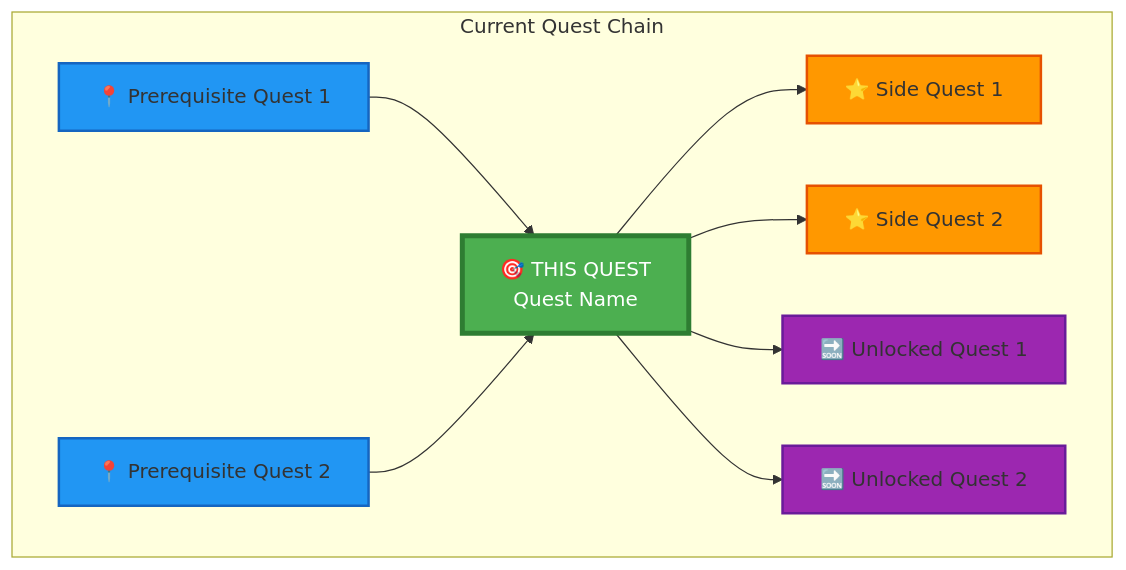
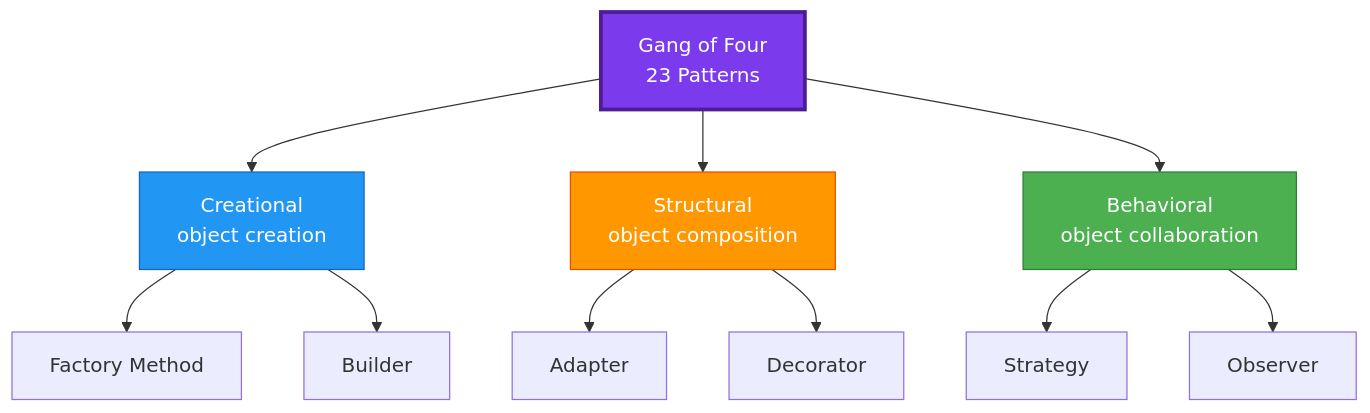
One commit to bamr87/it-journey changed the diagram in pages/_quests/1110/design-patterns.md. Above: the diagram before and after it, drawn with Mermaid. The commit also changed other lines of this file and 284 other files, not shown here.

First line of the commit message:
feat(quests): overhaul quest module — schema, content, hub UI, and CI/CD

````diff
--- a/pages/_quests/1110/design-patterns.md
+++ b/pages/_quests/1110/design-patterns.md
@@ -116,27 +227,17 @@
 ```mermaid
 graph TB
-    subgraph "Current Quest Chain"
-        PreReq1[📍 Prerequisite Quest 1]
-        PreReq2[📍 Prerequisite Quest 2]
-        Current[🎯 THIS QUEST<br/>Quest Name]
-        Side1[⭐ Side Quest 1]
-        Side2[⭐ Side Quest 2]
-        Next1[🔜 Unlocked Quest 1]
-        Next2[🔜 Unlocked Quest 2]
-    end
-    
-    PreReq1 --> Current
-    PreReq2 --> Current
-    Current --> Side1
-    Current --> Side2
-    Current --> Next1
-    Current --> Next2
-    
-    style Current fill:#4CAF50,stroke:#2E7D32,stroke-width:4px,color:#fff
-    style PreReq1 fill:#2196F3,stroke:#1565C0,stroke-width:2px
-    style PreReq2 fill:#2196F3,stroke:#1565C0,stroke-width:2px
-    style Side1 fill:#FF9800,stroke:#E65100,stroke-width:2px
-    style Side2 fill:#FF9800,stroke:#E65100,stroke-width:2px
-    style Next1 fill:#9C27B0,stroke:#6A1B9A,stroke-width:2px
-    style Next2 fill:#9C27B0,stroke:#6A1B9A,stroke-width:2px
+    GoF[Gang of Four<br/>23 Patterns]
+    GoF --> C[Creational<br/>object creation]
+    GoF --> S[Structural<br/>object composition]
+    GoF --> B[Behavioral<br/>object collaboration]
+    C --> Factory[Factory Method]
+    C --> Builder[Builder]
+    S --> Adapter[Adapter]
+    S --> Decorator[Decorator]
+    B --> Strategy[Strategy]
+    B --> Observer[Observer]
+    style GoF fill:#7c3aed,stroke:#4c1d95,stroke-width:3px,color:#fff
+    style C fill:#2196F3,stroke:#1565C0,color:#fff
+    style S fill:#FF9800,stroke:#E65100,color:#fff
+    style B fill:#4CAF50,stroke:#2E7D32,color:#fff
 ```
````
